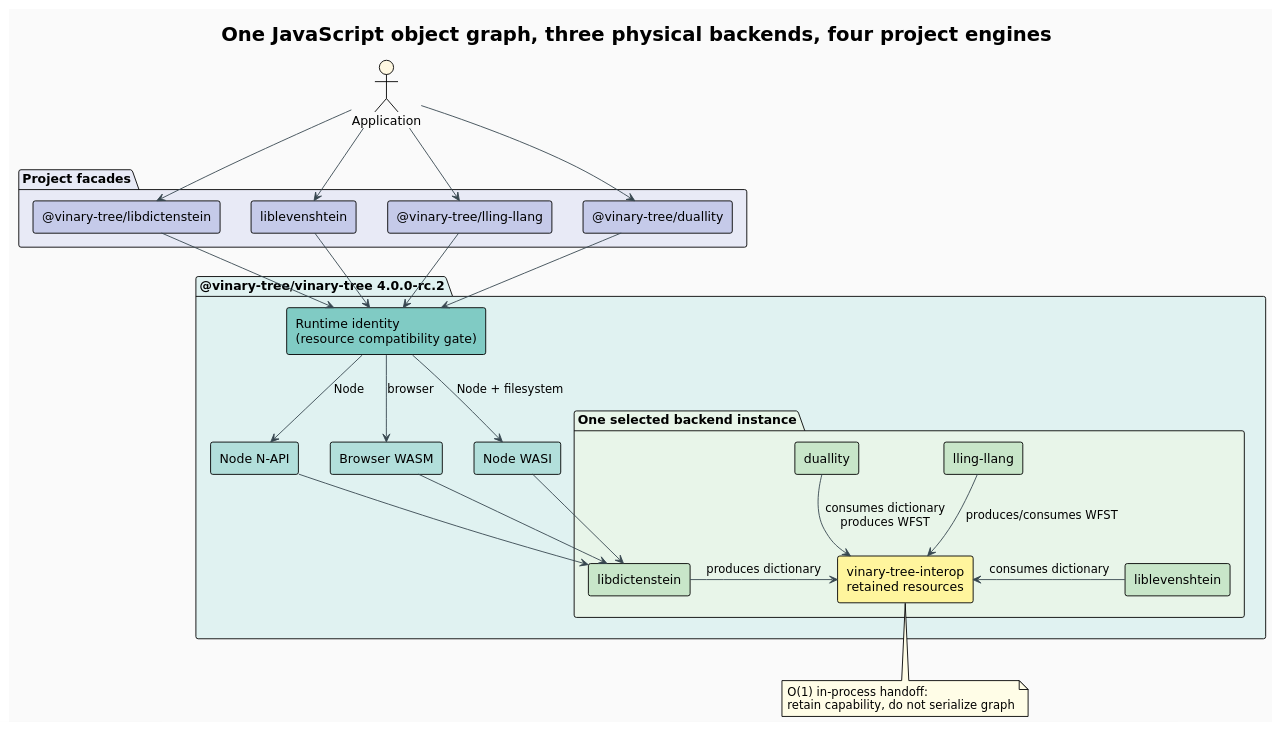
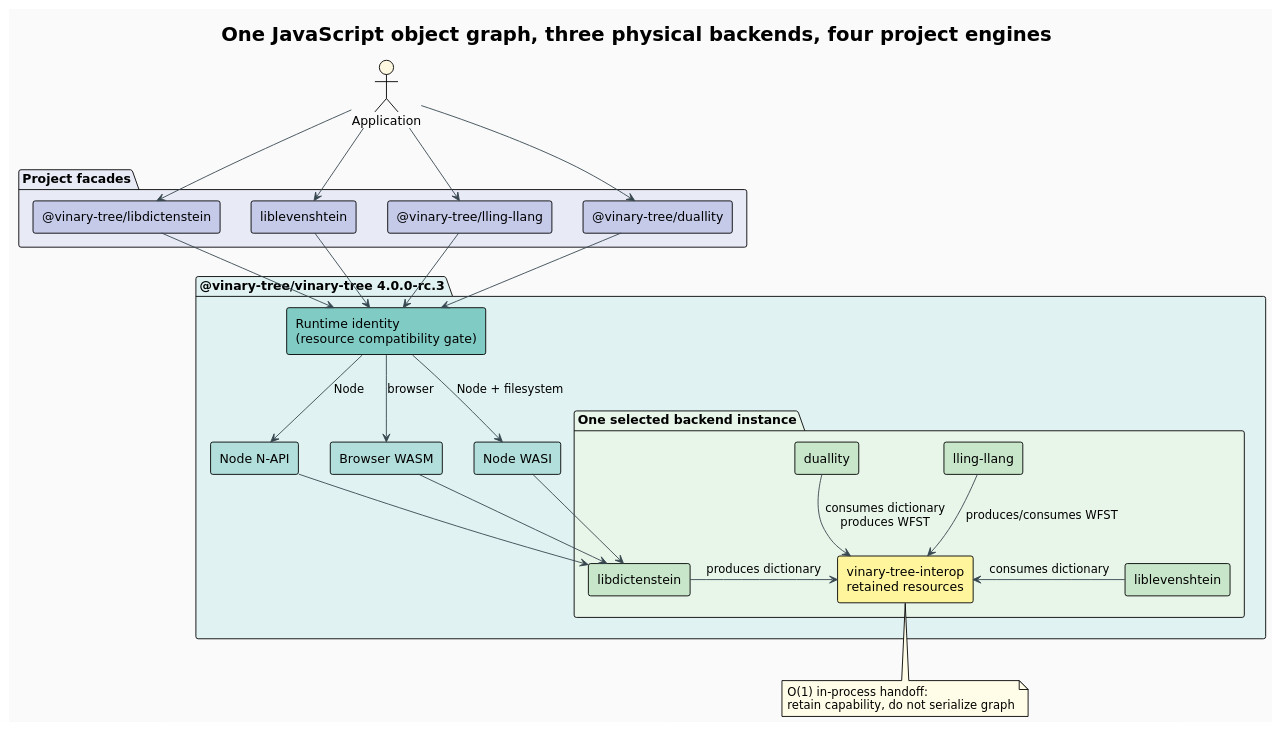
Before and after one commit to vinary-tree/javascript-runtime: the diagram in docs/diagrams/runtime-architecture.puml, drawn with PlantUML. The commit also changed 13 other files, not shown here.

```diff
--- a/docs/diagrams/runtime-architecture.puml
+++ b/docs/diagrams/runtime-architecture.puml
@@ -1,56 +1,56 @@
 @startuml
 !theme plain
 skinparam backgroundColor #FAFAFA
 skinparam shadowing false
 skinparam componentStyle rectangle
 skinparam ArrowColor #37474F
 skinparam defaultFontName DejaVu Sans
 title One JavaScript object graph, three physical backends, four project engines
 
 actor "Application" as app #FFF8E1
 
 package "Project facades" #E8EAF6 {
   component "@vinary-tree/libdictenstein" as dictFacade #C5CAE9
   component "liblevenshtein" as levFacade #C5CAE9
   component "@vinary-tree/lling-llang" as llingFacade #C5CAE9
   component "@vinary-tree/duallity" as dualFacade #C5CAE9
 }
 
-package "@vinary-tree/vinary-tree 4.0.0-rc.2" #E0F2F1 {
+package "@vinary-tree/vinary-tree 4.0.0-rc.3" #E0F2F1 {
   component "Runtime identity\n(resource compatibility gate)" as identity #80CBC4
   component "Node N-API" as napi #B2DFDB
   component "Browser WASM" as wasm #B2DFDB
   component "Node WASI" as wasi #B2DFDB
   package "One selected backend instance" #E8F5E9 {
     component "libdictenstein" as dict #C8E6C9
     component "liblevenshtein" as lev #C8E6C9
     component "lling-llang" as lling #C8E6C9
     component "duallity" as dual #C8E6C9
     component "vinary-tree-interop\nretained resources" as interop #FFF59D
   }
 }
 
 app --> dictFacade
 app --> levFacade
 app --> llingFacade
 app --> dualFacade
 dictFacade --> identity
 levFacade --> identity
 llingFacade --> identity
 dualFacade --> identity
 identity --> napi : Node
 identity --> wasm : browser
 identity --> wasi : Node + filesystem
 napi --> dict
 wasm --> dict
 wasi --> dict
 dict -right-> interop : produces dictionary
 lev -left-> interop : consumes dictionary
 dual --> interop : consumes dictionary\nproduces WFST
 lling --> interop : produces/consumes WFST
 
 note bottom of interop #FFFDE7
   O(1) in-process handoff:
   retain capability, do not serialize graph
 end note
 @enduml
```
